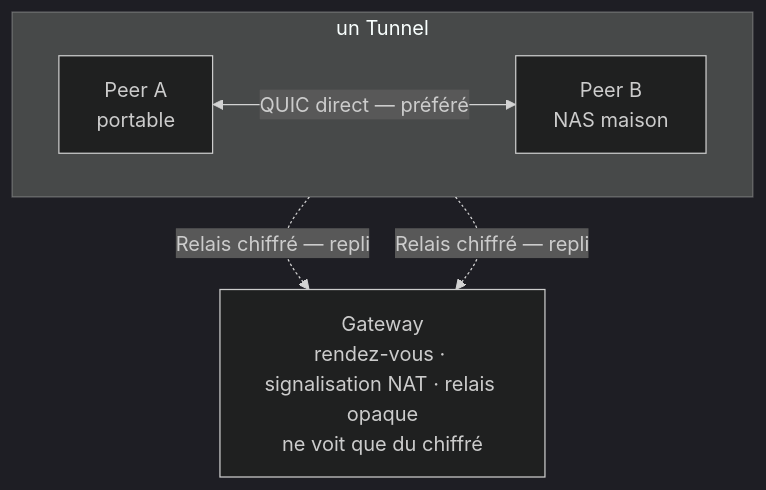
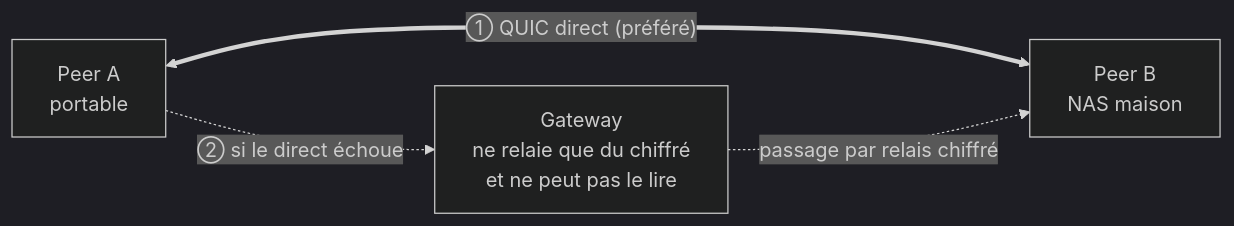
One commit to lantunnel/lantunnel changed the diagram in README.fr.md. Above: the diagram before and after it, drawn with Mermaid (dark theme). The commit also changed 6 other files, not shown here.

First line of the commit message:
docs: redraw the topology diagram so it reads at a glance

````diff
--- a/README.fr.md
+++ b/README.fr.md
@@ -71,12 +71,9 @@
 ```mermaid
-flowchart TB
-    subgraph tunnel["un Tunnel"]
-        direction LR
-        A["Peer A<br/>portable"]
-        B["Peer B<br/>NAS maison"]
-        A <-->|"QUIC direct — préféré"| B
-    end
-    A -.->|"Relais chiffré — repli"| GW
-    B -.->|"Relais chiffré — repli"| GW
-    GW["Gateway<br/>rendez-vous · signalisation NAT · relais opaque<br/>ne voit que du chiffré"]
+flowchart LR
+    A["Peer A<br/>portable"]
+    B["Peer B<br/>NAS maison"]
+    GW["Gateway<br/>ne relaie que du chiffré<br/>et ne peut pas le lire"]
+    A <== "① QUIC direct (préféré)" ==> B
+    A -. "② si le direct échoue" .-> GW
+    GW -. "passage par relais chiffré" .-> B
 ```
````
